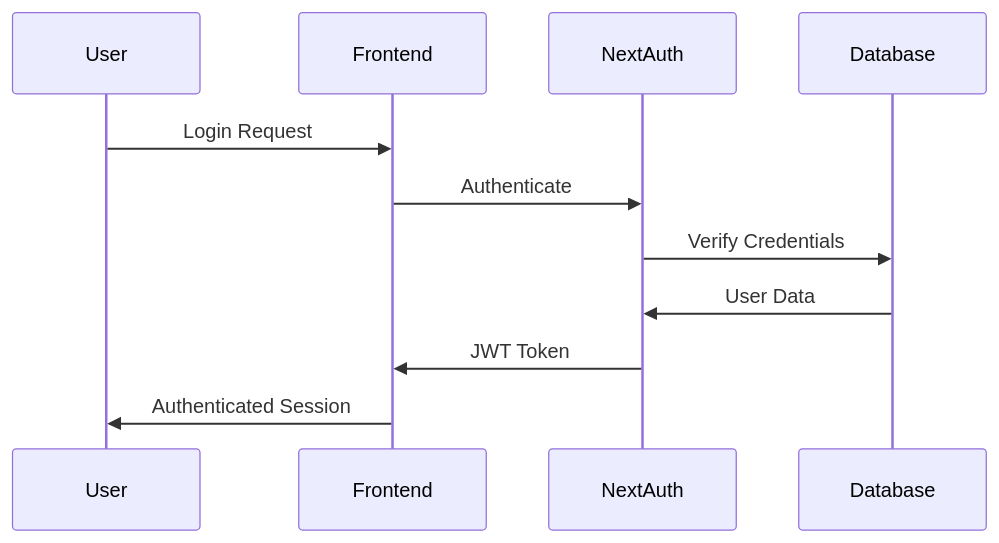
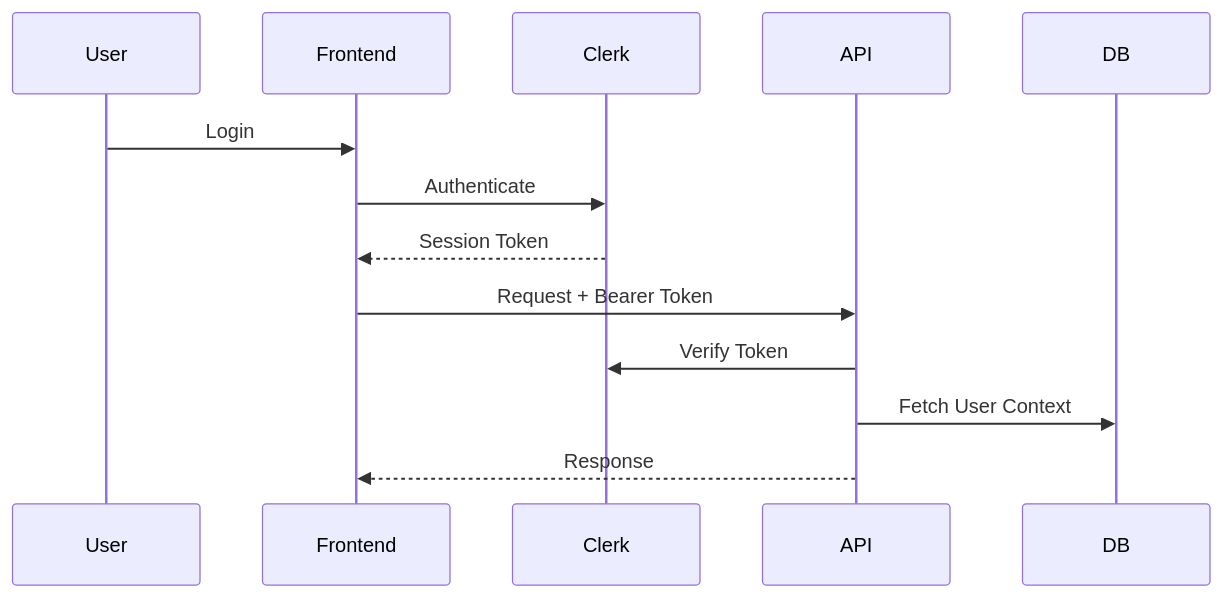
One commit to syedunaisp/AI_For_Bharat changed the second of 2 diagrams in DESIGN.md. Above: the diagram before and after it, drawn with Mermaid. The commit also changed other lines of this file and 1 other file, not shown here.

````diff
--- a/DESIGN.md
+++ b/DESIGN.md
@@ -253,9 +37,10 @@
 ```mermaid
 sequenceDiagram
-    User->>Frontend: Login Request
-    Frontend->>NextAuth: Authenticate
-    NextAuth->>Database: Verify Credentials
-    Database->>NextAuth: User Data
-    NextAuth->>Frontend: JWT Token
-    Frontend->>User: Authenticated Session
+    User->>Frontend: Login
+    Frontend->>Clerk: Authenticate
+    Clerk-->>Frontend: Session Token
+    Frontend->>API: Request + Bearer Token
+    API->>Clerk: Verify Token
+    API->>DB: Fetch User Context
+    API-->>Frontend: Response
 ```
````
